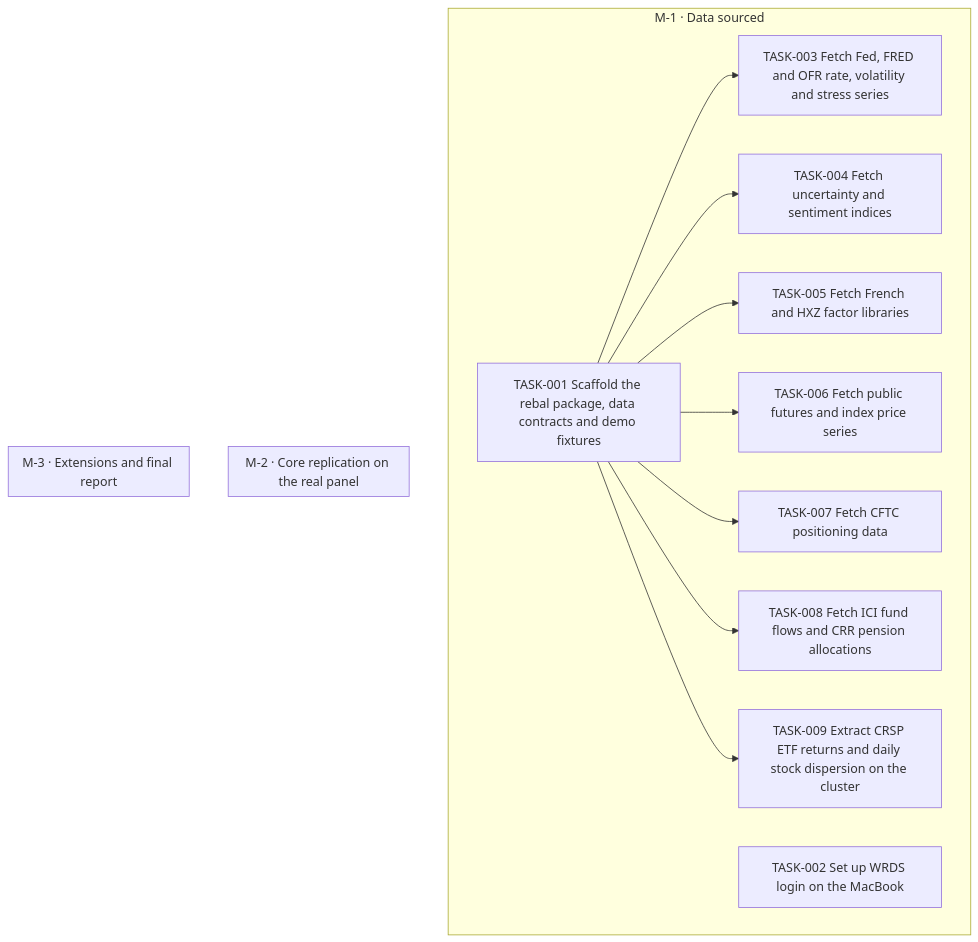
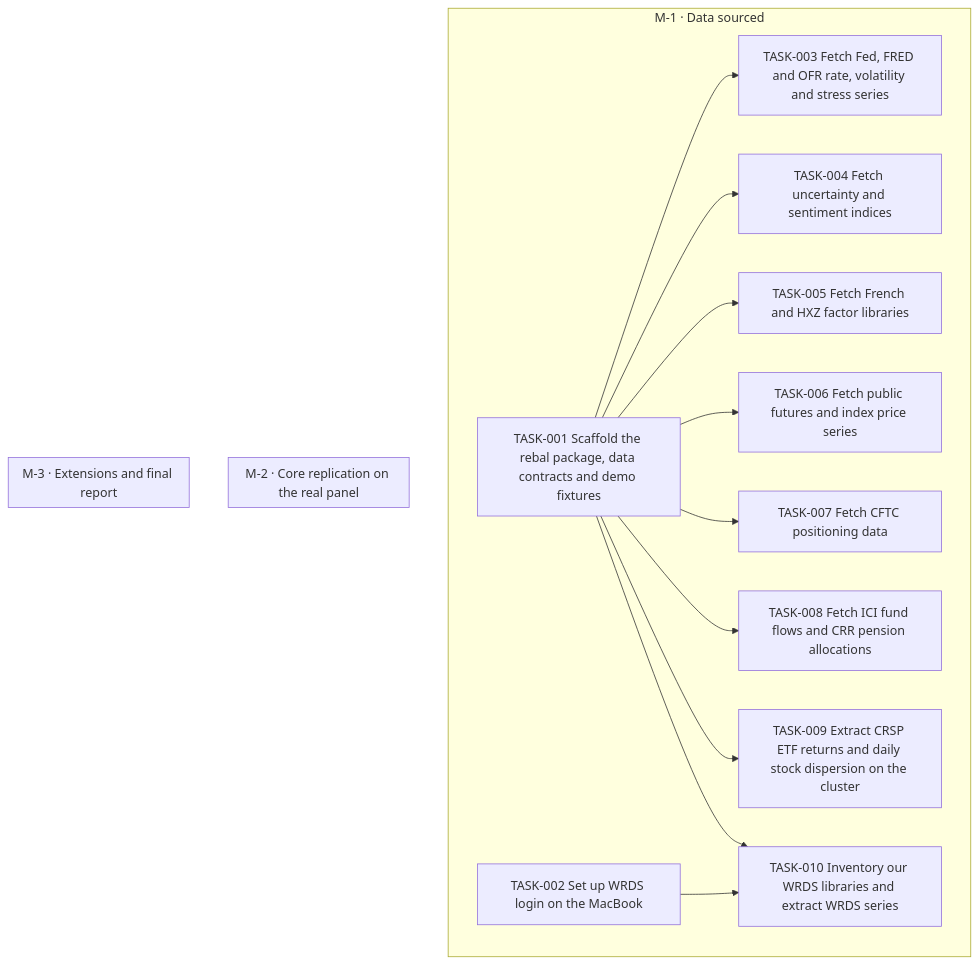
The diagram in goals/hmm-rebalancing/README.md (jesusvillota/replicate), drawn with Mermaid before and after one commit. The commit also changed 1 other file, not shown here.

Commit message:
goal(hmm-rebalancing): add TASK-010 Inventory our WRDS libraries and extract WRDS series

````diff
--- a/goals/hmm-rebalancing/README.md
+++ b/goals/hmm-rebalancing/README.md
@@ -126,28 +126,31 @@
 ```mermaid
 flowchart TD
   subgraph M_1["M-1 · Data sourced"]
     TASK_001["TASK-001 Scaffold the rebal package, data contracts and demo fixtures"]
     TASK_002["TASK-002 Set up WRDS login on the MacBook"]
     TASK_003["TASK-003 Fetch Fed, FRED and OFR rate, volatility and stress series"]
     TASK_004["TASK-004 Fetch uncertainty and sentiment indices"]
     TASK_005["TASK-005 Fetch French and HXZ factor libraries"]
     TASK_006["TASK-006 Fetch public futures and index price series"]
     TASK_007["TASK-007 Fetch CFTC positioning data"]
     TASK_008["TASK-008 Fetch ICI fund flows and CRR pension allocations"]
     TASK_009["TASK-009 Extract CRSP ETF returns and daily stock dispersion on the cluster"]
+    TASK_010["TASK-010 Inventory our WRDS libraries and extract WRDS series"]
   end
   subgraph M_2["M-2 · Core replication on the real panel"]
   end
   subgraph M_3["M-3 · Extensions and final report"]
   end
   TASK_001 --> TASK_003
   TASK_001 --> TASK_004
   TASK_001 --> TASK_005
   TASK_001 --> TASK_006
   TASK_001 --> TASK_007
   TASK_001 --> TASK_008
   TASK_001 --> TASK_009
+  TASK_001 --> TASK_010
+  TASK_002 --> TASK_010
   classDef draft stroke-dasharray: 4 3
   classDef cancelled opacity:0.45
   classDef decision fill:#f3e8ff,stroke:#7c3aed
 ```
````
